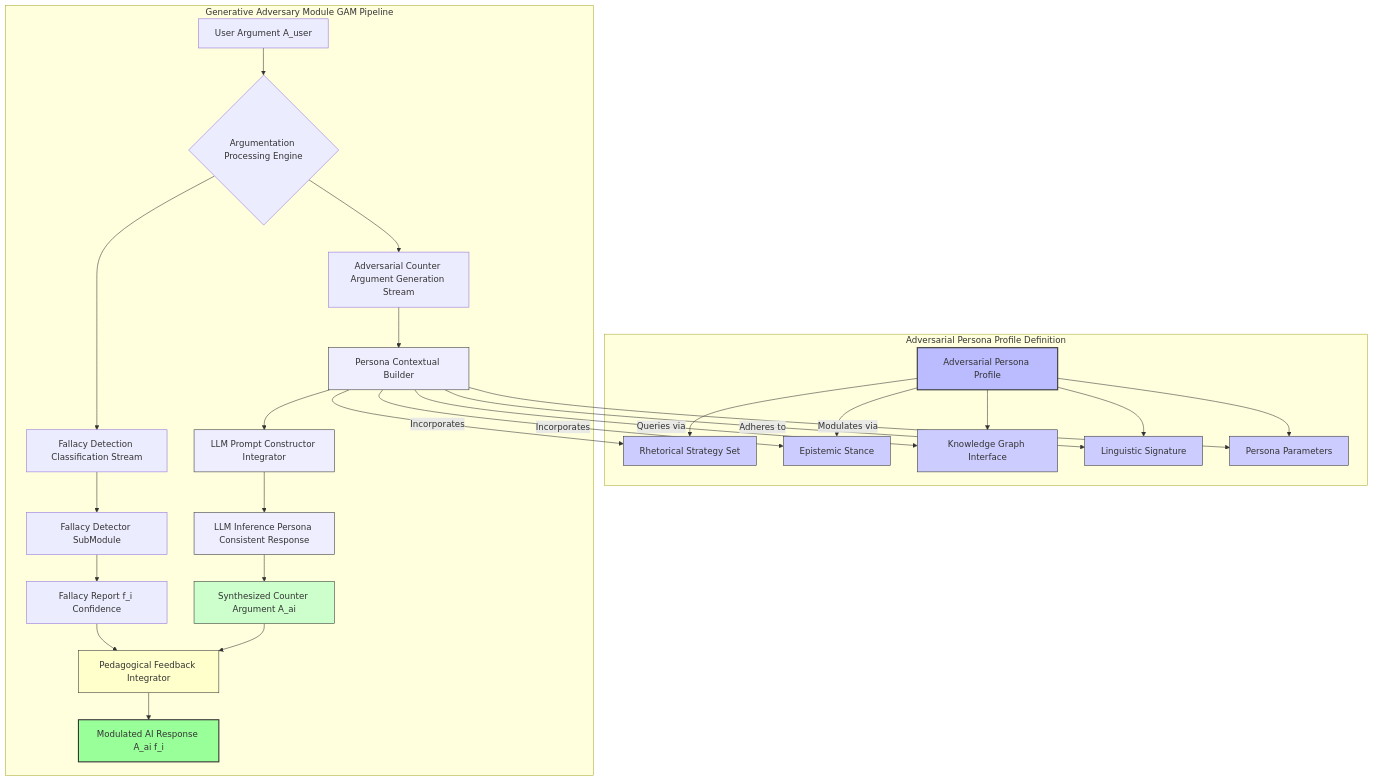
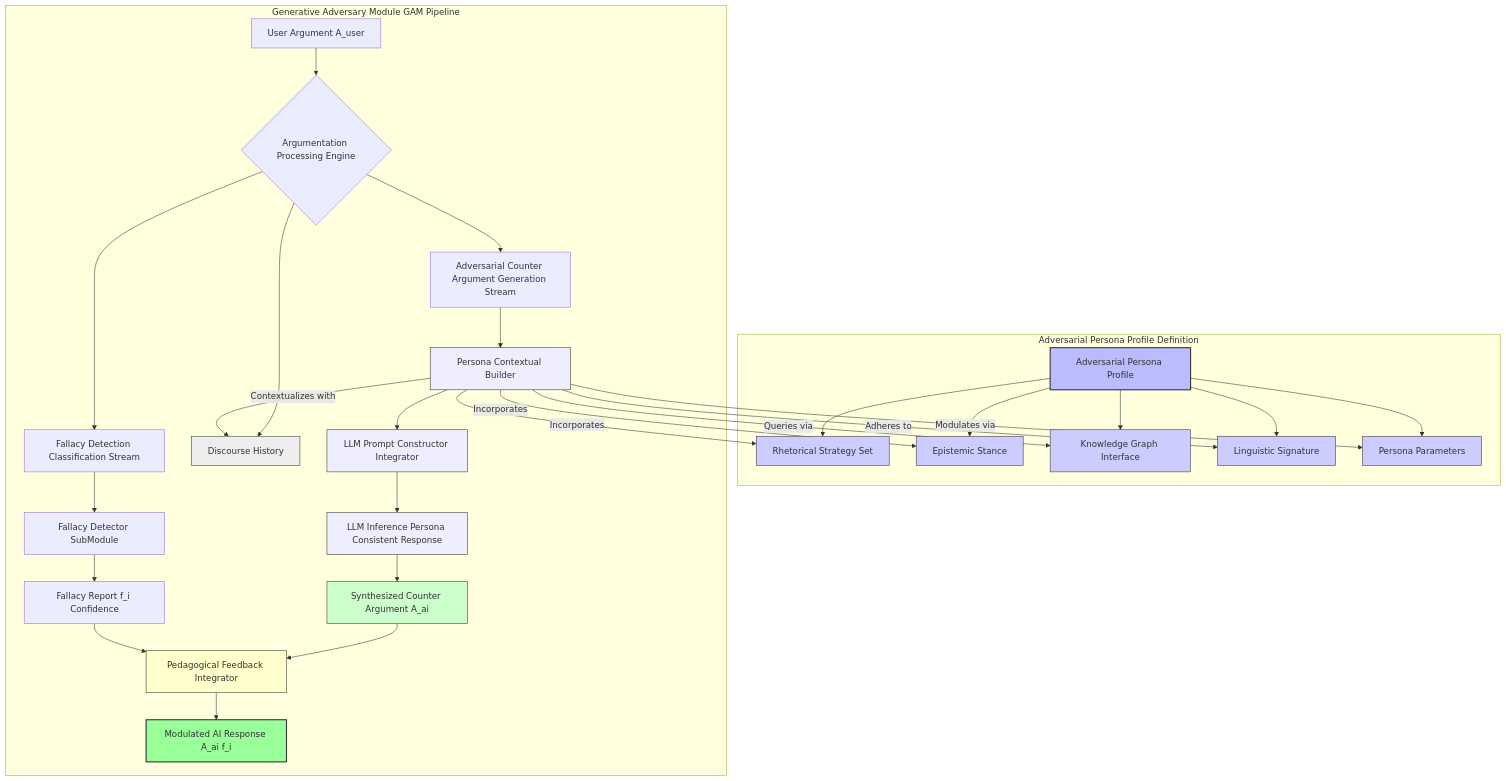
Before and after one commit to diplomat-bit/Citibank_Demo_Business_Inc_Demonstration-: the seventh of 13 diagrams in inventions/018_ai_debate_adversary/adversarial_persona_strategy.md, drawn with Mermaid. The commit also changed other lines of this file, not shown here.

````diff
--- a/inventions/018_ai_debate_adversary/adversarial_persona_strategy.md
+++ b/inventions/018_ai_debate_adversary/adversarial_persona_strategy.md
@@ -126,53 +448,56 @@
 ```mermaid
 graph TD
     subgraph Adversarial Persona Profile Definition
         APP[Adversarial Persona Profile]
         RHS[Rhetorical Strategy Set]
         EPS[Epistemic Stance]
         KDR[Knowledge Domain Reference]
         LNS[Linguistic Signature]
         PPP[Persona Parameters]
 
         APP --> RHS;
         APP --> EPS;
         APP --> KDR;
         APP --> LNS;
         APP --> PPP;
     end
 
     subgraph Generative Adversary Module GAM Pipeline
         UA[User Argument A_user] --> AP{Argumentation Processing Engine};
         AP --> A[Adversarial Counter Argument Generation Stream];
         AP --> F[Fallacy Detection Classification Stream];
+        AP --> DH[Discourse History Integrator];
 
         A --> PCB[Persona Contextual Builder];
         PCB -- Incorporates --> RHS;
         PCB -- Incorporates --> EPS;
         PCB -- Queries via --> KDR[Knowledge Graph Interface];
         PCB -- Adheres to --> LNS;
         PCB -- Modulates via --> PPP;
+        PCB -- Contextualizes with --> DH[Discourse History];
 
         PCB --> LLMPI[LLM Prompt Constructor Integrator];
         LLMPI --> LLMI[LLM Inference Persona Consistent Response];
         LLMI --> SCA[Synthesized Counter Argument A_ai];
 
         F --> FDR[Fallacy Detector SubModule];
         FDR --> K[Fallacy Report f_i Confidence];
 
         SCA & K --> PFI[Pedagogical Feedback Integrator];
         PFI --> MAR[Modulated AI Response A_ai f_i];
     end
 
     style APP fill:#bbf,stroke:#333,stroke-width:2px;
     style RHS fill:#ccf,stroke:#333,stroke-width:1px;
     style EPS fill:#ccf,stroke:#333,stroke-width:1px;
     style KDR fill:#ccf,stroke:#333,stroke-width:1px;
     style LNS fill:#ccf,stroke:#333,stroke-width:1px;
     style PPP fill:#ccf,stroke:#333,stroke-width:1px;
     style PCB fill:#eef,stroke:#333,stroke-width:1px;
     style LLMPI fill:#eef,stroke:#333,stroke-width:1px;
     style LLMI fill:#eef,stroke:#333,stroke-width:1px;
     style SCA fill:#cfc,stroke:#333,stroke-width:1px;
     style PFI fill:#ffc,stroke:#333,stroke-width:1px;
     style MAR fill:#9f9,stroke:#333,stroke-width:2px;
+    style DH fill:#eee,stroke:#333,stroke-width:1px;
 ```
````
